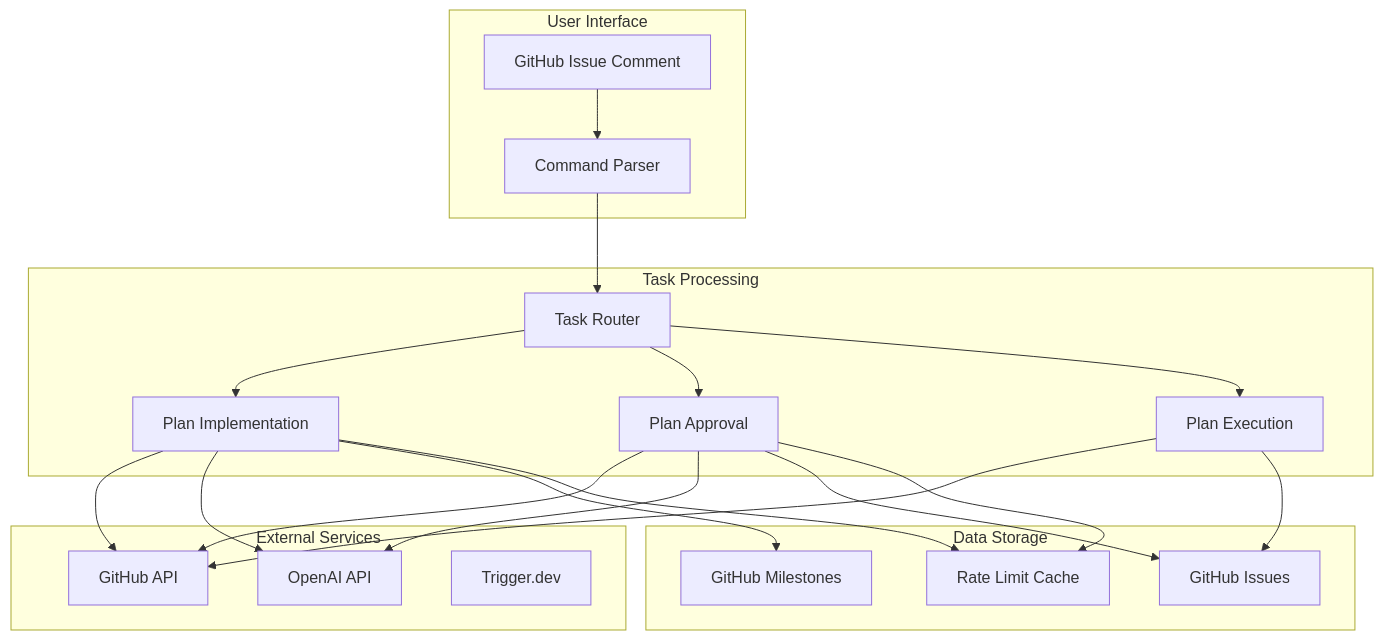
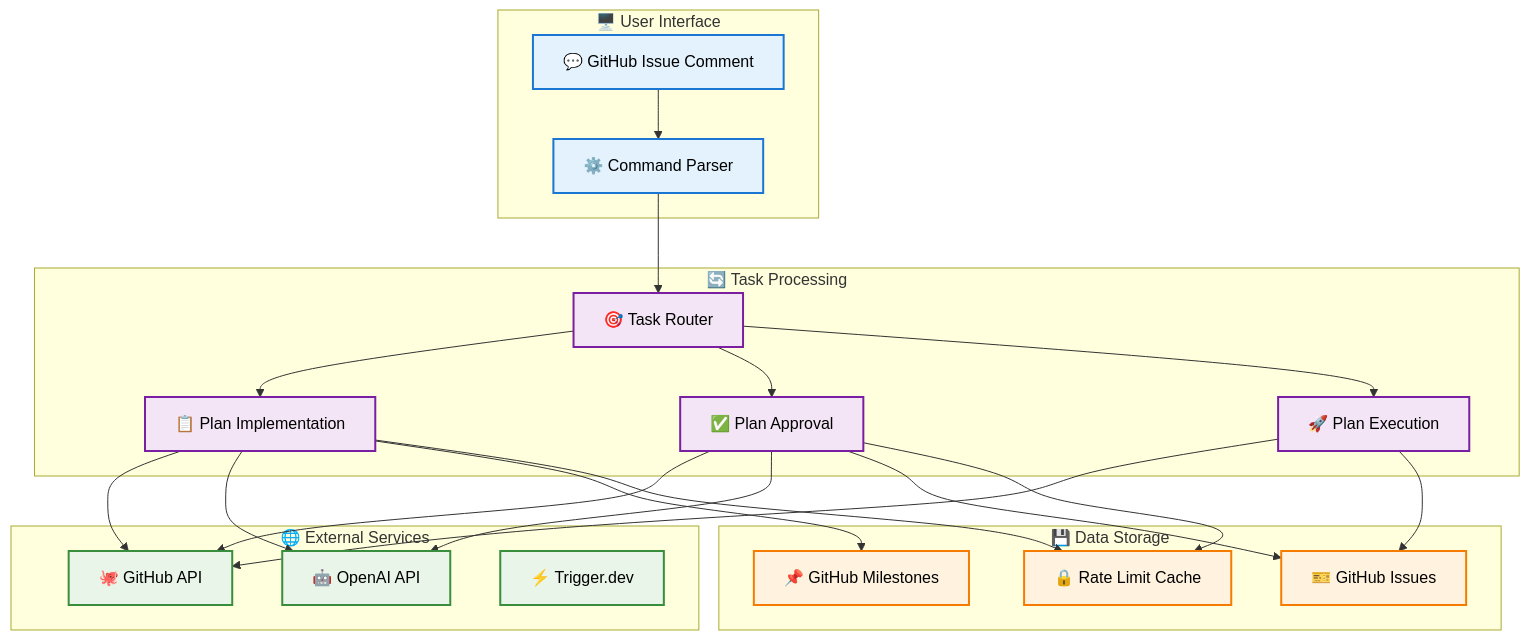
Before and after one commit to larp0/uwularpy: the second of 5 diagrams in AT_L_PLAN_COMPLETE_DOCUMENTATION.md, drawn with Mermaid. The commit also changed other lines of this file and 1 other file, not shown here.

Commit message:
Improve mermaid diagrams with enhanced styling, icons, and visual hierarchy

````diff
--- a/AT_L_PLAN_COMPLETE_DOCUMENTATION.md
+++ b/AT_L_PLAN_COMPLETE_DOCUMENTATION.md
@@ -47,42 +75,54 @@
 ```mermaid
 graph TB
-    subgraph "User Interface"
-        A[GitHub Issue Comment]
-        B[Command Parser]
+    subgraph UI ["🖥️ User Interface"]
+        A[💬 GitHub Issue Comment]
+        B[⚙️ Command Parser]
     end
     
-    subgraph "Task Processing"
-        C[Task Router]
-        D[Plan Implementation]
-        E[Plan Approval]
-        F[Plan Execution]
+    subgraph PROCESSING ["🔄 Task Processing"]
+        C[🎯 Task Router]
+        D[📋 Plan Implementation]
+        E[✅ Plan Approval]
+        F[🚀 Plan Execution]
     end
     
-    subgraph "External Services"
-        G[GitHub API]
-        H[OpenAI API]
-        I[Trigger.dev]
+    subgraph EXTERNAL ["🌐 External Services"]
+        G[🐙 GitHub API]
+        H[🤖 OpenAI API]
+        I[⚡ Trigger.dev]
     end
     
-    subgraph "Data Storage"
-        J[GitHub Milestones]
-        K[GitHub Issues]
-        L[Rate Limit Cache]
+    subgraph STORAGE ["💾 Data Storage"]
+        J[📌 GitHub Milestones]
+        K[🎫 GitHub Issues]
+        L[🔒 Rate Limit Cache]
     end
     
     A --> B
     B --> C
     C --> D
     C --> E
     C --> F
     D --> G
     D --> H
     D --> J
     E --> G
     E --> H
     E --> K
     F --> G
     F --> K
     D --> L
     E --> L
+    
+    %% Enhanced styling for better visual hierarchy
+    classDef userInterface fill:#e3f2fd,stroke:#1976d2,stroke-width:2px,color:#000
+    classDef processing fill:#f3e5f5,stroke:#7b1fa2,stroke-width:2px,color:#000
+    classDef external fill:#e8f5e8,stroke:#388e3c,stroke-width:2px,color:#000
+    classDef storage fill:#fff3e0,stroke:#f57c00,stroke-width:2px,color:#000
+    classDef subgraphStyle fill:#fafafa,stroke:#424242,stroke-width:2px
+    
+    class A,B userInterface
+    class C,D,E,F processing
+    class G,H,I external
+    class J,K,L storage
 ```
````
